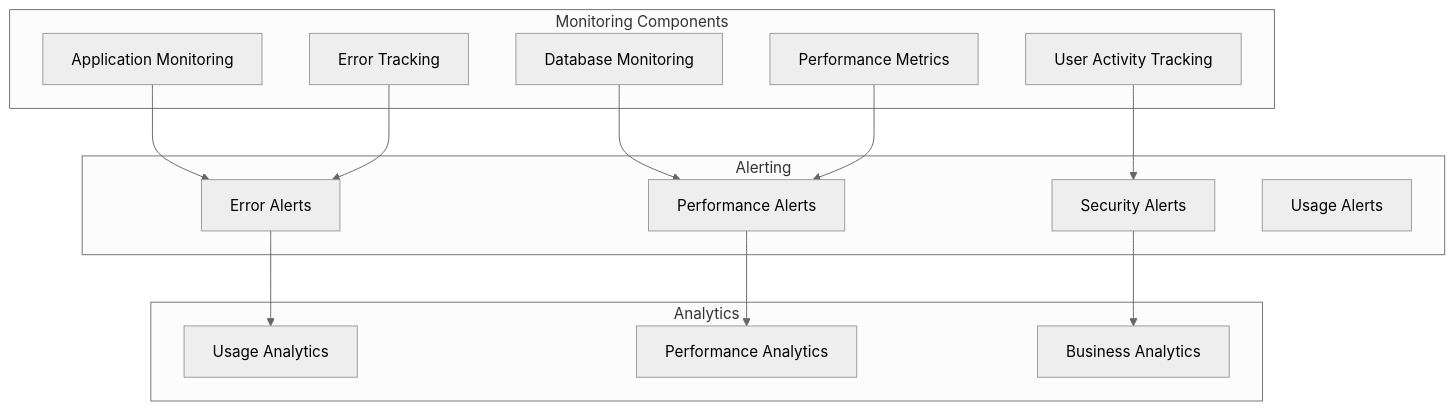
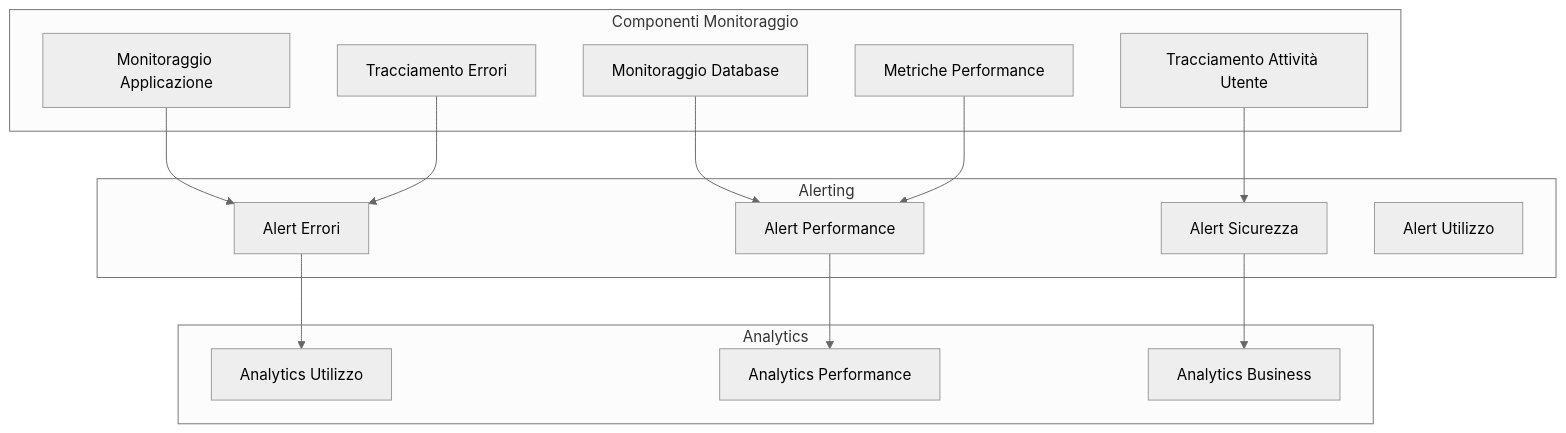
Before and after one commit to rosariomoscato/ValutAI: diagram 11 of 11 in ValutAI Tech Summary.md, drawn with Mermaid (neutral theme). The commit also changed other lines of this file and 3 other files, not shown here.

````diff
--- a/ValutAI Tech Summary.md
+++ b/ValutAI Tech Summary.md
@@ -586,32 +586,32 @@
 ```mermaid
 graph TD
-    subgraph "Monitoring Components"
-        A[Application Monitoring]
-        B[Database Monitoring]
-        C[User Activity Tracking]
-        D[Error Tracking]
-        E[Performance Metrics]
+    subgraph "Componenti Monitoraggio"
+        A[Monitoraggio Applicazione]
+        B[Monitoraggio Database]
+        C[Tracciamento Attività Utente]
+        D[Tracciamento Errori]
+        E[Metriche Performance]
     end
     
     subgraph "Alerting"
-        F[Error Alerts]
-        G[Performance Alerts]
-        H[Security Alerts]
-        I[Usage Alerts]
+        F[Alert Errori]
+        G[Alert Performance]
+        H[Alert Sicurezza]
+        I[Alert Utilizzo]
     end
     
     subgraph "Analytics"
-        J[Usage Analytics]
-        K[Performance Analytics]
-        L[Business Analytics]
+        J[Analytics Utilizzo]
+        K[Analytics Performance]
+        L[Analytics Business]
     end
     
     A --> F
     B --> G
     C --> H
     D --> F
     E --> G
     F --> J
     G --> K
     H --> L
 ```
````
